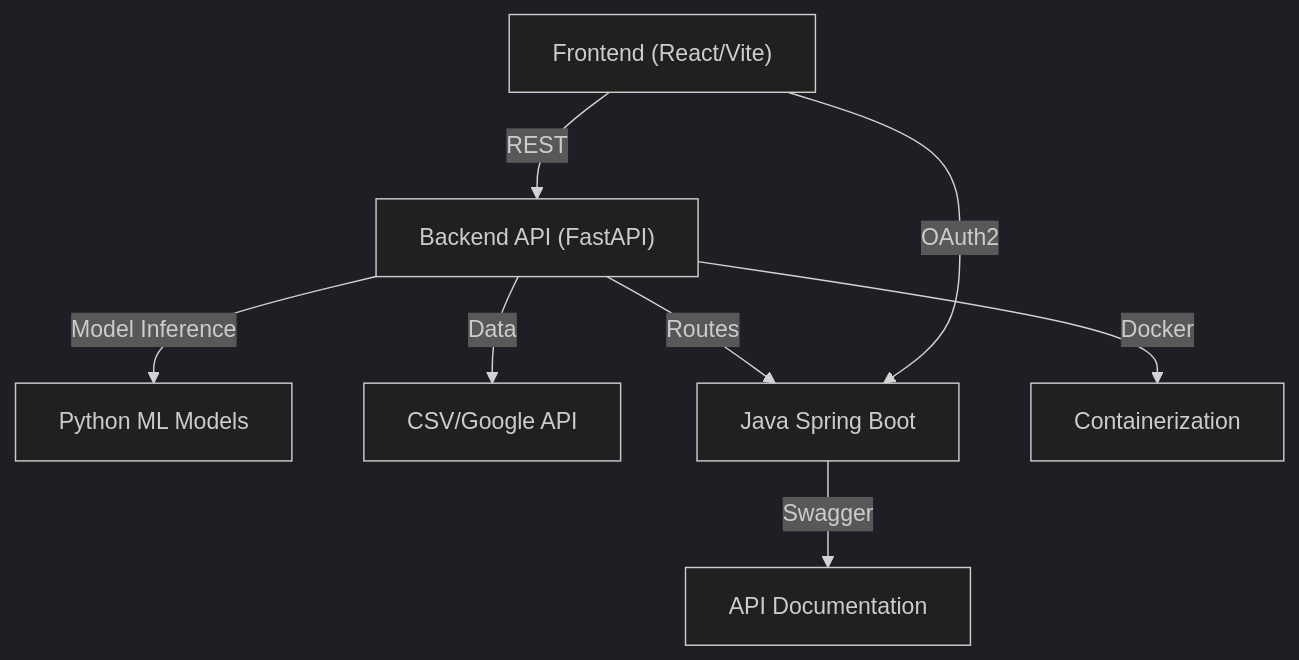
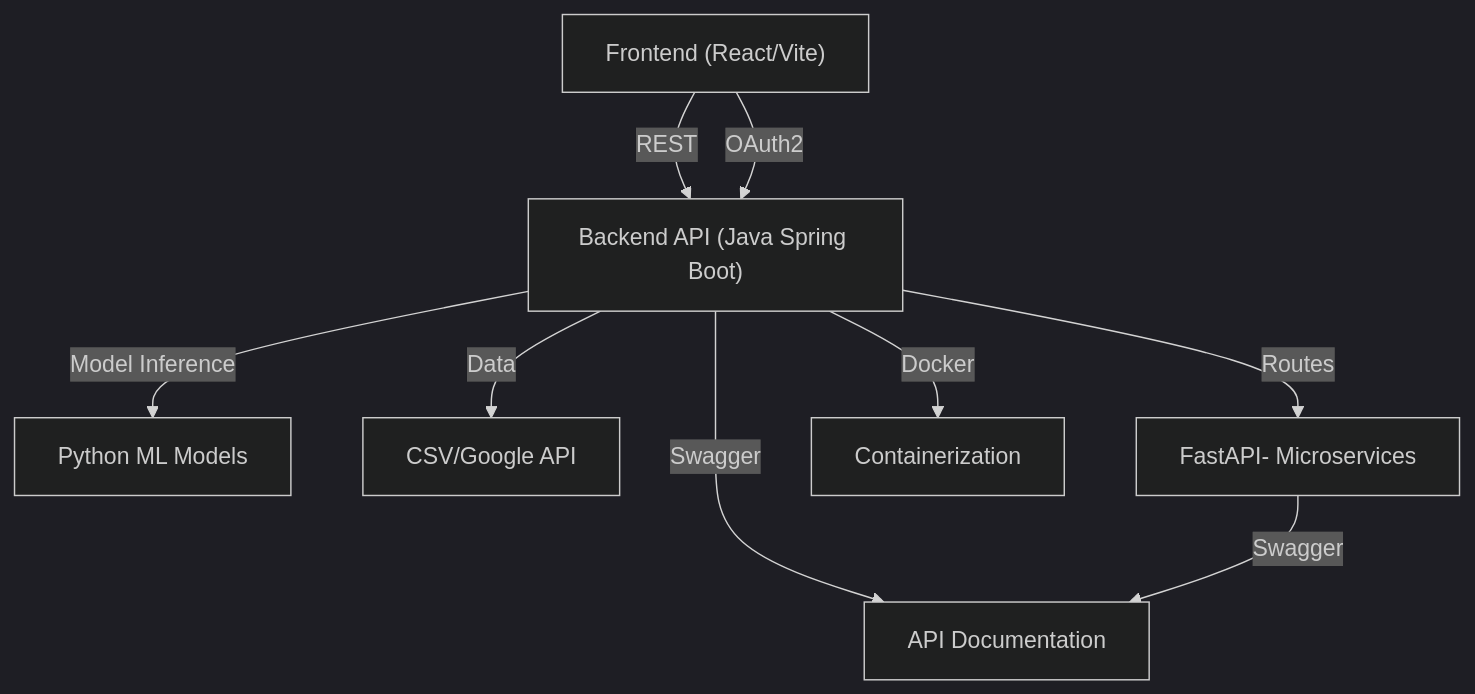
One commit to sohammandal-TAA/EcoRoute changed the diagram in README.md. Above: the diagram before and after it, drawn with Mermaid (dark theme). The commit also changed other lines of this file, not shown here.

````diff
--- a/README.md
+++ b/README.md
@@ -43,10 +43,11 @@
 ```mermaid
 graph TD
-  A["Frontend (React/Vite)"] -- "REST" --> B["Backend API (FastAPI)"]
+  A["Frontend (React/Vite)"] -- "REST" --> B["Backend API (Java Spring Boot)"]
   B -- "Model Inference" --> C[Python ML Models]
   B -- "Data" --> D["CSV/Google API"]
-  B -- "Routes" --> E[Java Spring Boot]
-  A -- "OAuth2" --> E
-  E -- "Swagger" --> F[API Documentation]
+  B -- "Routes" --> E[FastAPI- Microservices]
+  A -- "OAuth2" --> B
+  B -- "Swagger" --> F[API Documentation]
+  E -- "Swagger" --> F
   B -- "Docker" --> G[Containerization]
 ```
````
